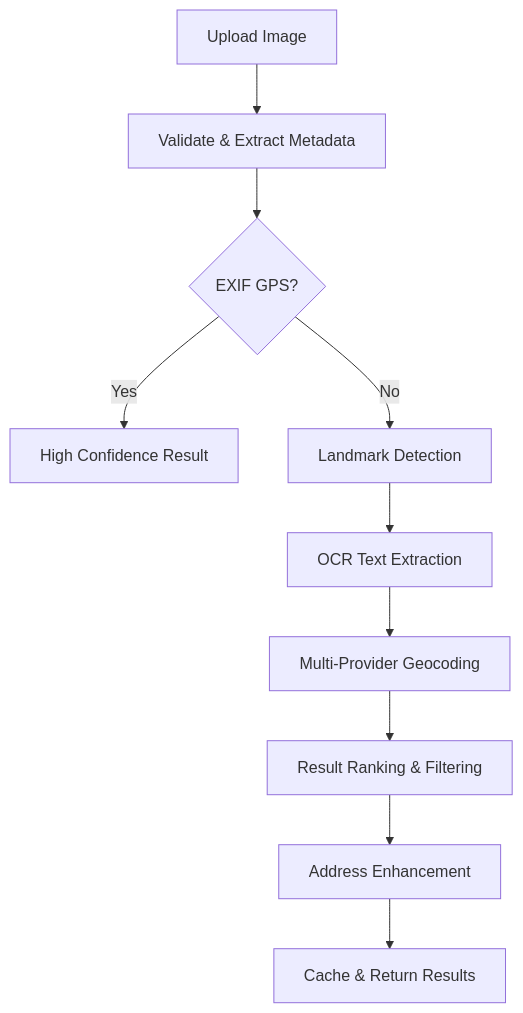
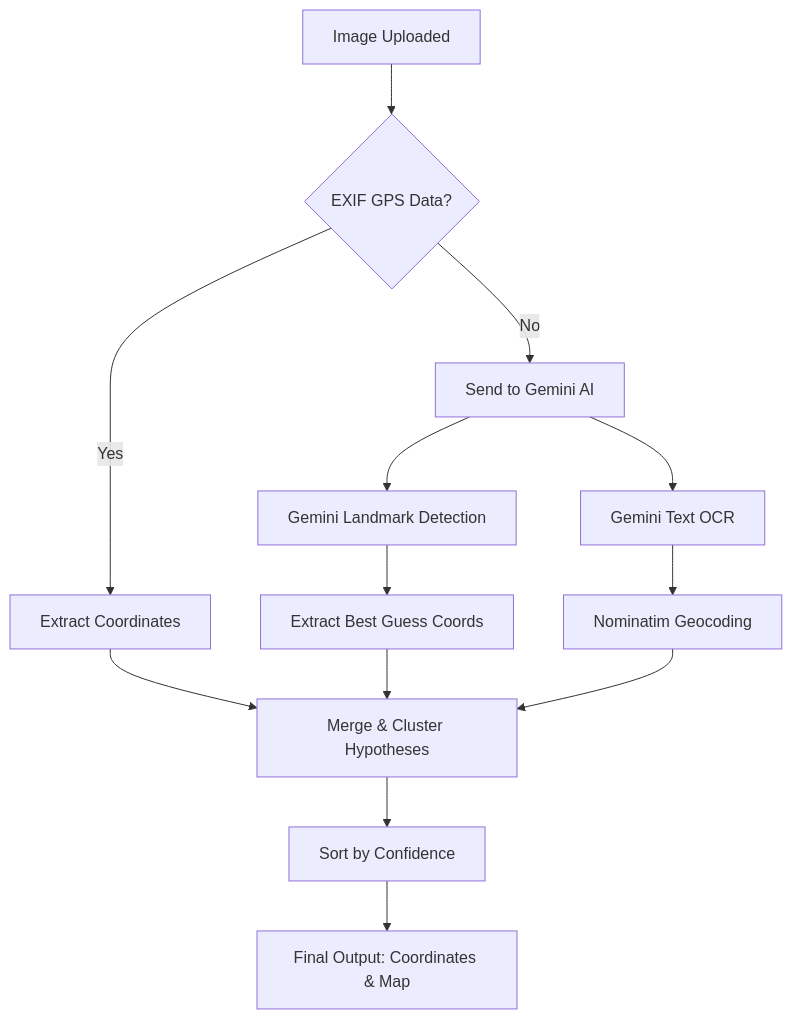
Before and after one commit to mark-nikulin/Photo_geolocation: the diagram in README.md, drawn with Mermaid. The commit also changed other lines of this file and 31 other files, not shown here.

Commit message:
refactor: migrate to Gemini API & Nominatim, clean up code and documentation

````diff
--- a/README.md
+++ b/README.md
@@ -332,12 +83,15 @@
 ```mermaid
 graph TD
-    A[Upload Image] --> B[Validate & Extract Metadata]
-    B --> C{EXIF GPS?}
-    C -->|Yes| D[High Confidence Result]
-    C -->|No| E[Landmark Detection]
-    E --> F[OCR Text Extraction]  
-    F --> G[Multi-Provider Geocoding]
-    G --> H[Result Ranking & Filtering]
-    H --> I[Address Enhancement]
-    I --> J[Cache & Return Results]
+    A[Image Uploaded] --> B{EXIF GPS Data?}
+    B -- Yes --> C[Extract Coordinates]
+    B -- No --> D[Send to Gemini AI]
+    D --> E[Gemini Landmark Detection]
+    D --> F[Gemini Text OCR]
+    E --> G[Extract Best Guess Coords]
+    F --> H[Nominatim Geocoding]
+    C --> I[Merge & Cluster Hypotheses]
+    G --> I
+    H --> I
+    I --> J[Sort by Confidence]
+    J --> K[Final Output: Coordinates & Map]
 ```
````
